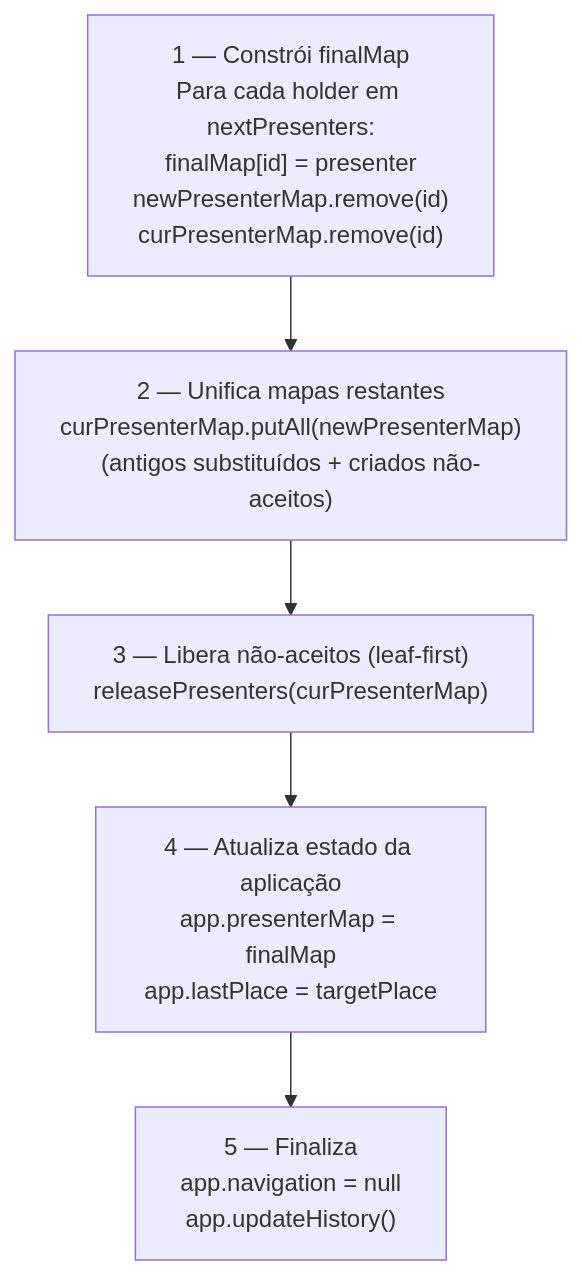
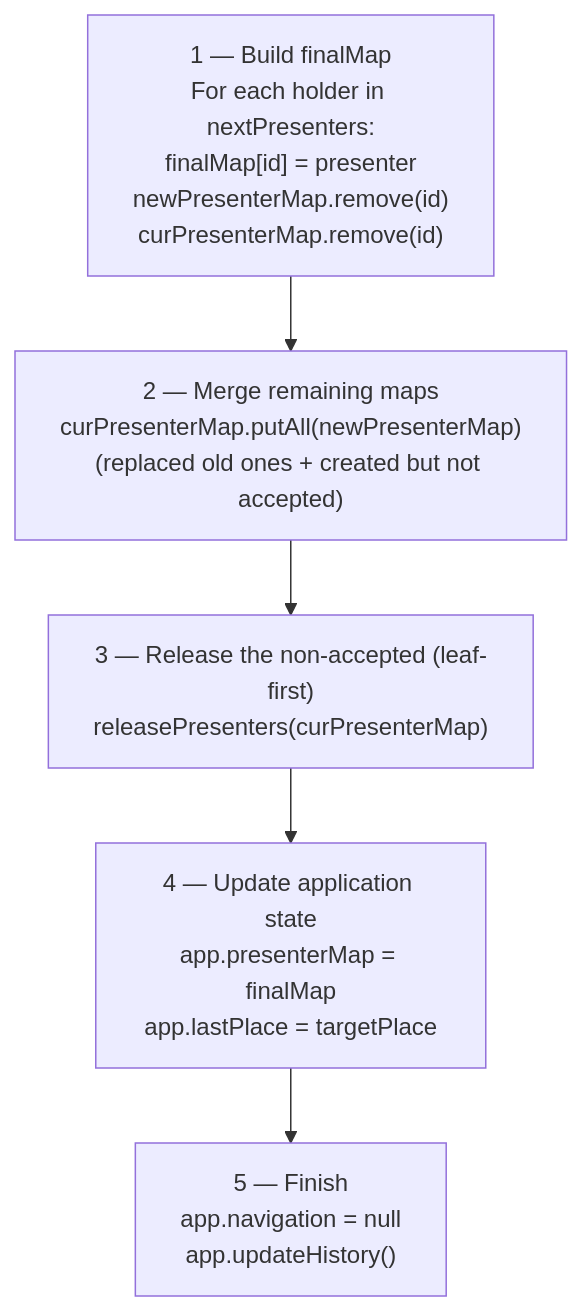
The third of 19 diagrams in docs/architecture-cube.md (mrcdom/wdc-cube-kotlin), drawn with Mermaid before and after one commit. The commit also changed other lines of this file and 10 other files, not shown here.

First line of the commit message:
docs: architecture docs and top-level READMEs in US English

````diff
--- a/docs/architecture-cube.md
+++ b/docs/architecture-cube.md
@@ -237,7 +237,7 @@
 ```mermaid
 flowchart TD
-    C1["1 — Constrói finalMap\nPara cada holder em nextPresenters:\nfinalMap[id] = presenter\nnewPresenterMap.remove(id)\ncurPresenterMap.remove(id)"] --> C2["2 — Unifica mapas restantes\ncurPresenterMap.putAll(newPresenterMap)\n(antigos substituídos + criados não-aceitos)"]
-    C2 --> C3["3 — Libera não-aceitos (leaf-first)\nreleasePresenters(curPresenterMap)"]
-    C3 --> C4["4 — Atualiza estado da aplicação\napp.presenterMap = finalMap\napp.lastPlace = targetPlace"]
-    C4 --> C5["5 — Finaliza\napp.navigation = null\napp.updateHistory()"]
+    C1["1 — Build finalMap\nFor each holder in nextPresenters:\nfinalMap[id] = presenter\nnewPresenterMap.remove(id)\ncurPresenterMap.remove(id)"] --> C2["2 — Merge remaining maps\ncurPresenterMap.putAll(newPresenterMap)\n(replaced old ones + created but not accepted)"]
+    C2 --> C3["3 — Release the non-accepted (leaf-first)\nreleasePresenters(curPresenterMap)"]
+    C3 --> C4["4 — Update application state\napp.presenterMap = finalMap\napp.lastPlace = targetPlace"]
+    C4 --> C5["5 — Finish\napp.navigation = null\napp.updateHistory()"]
 ```
````
